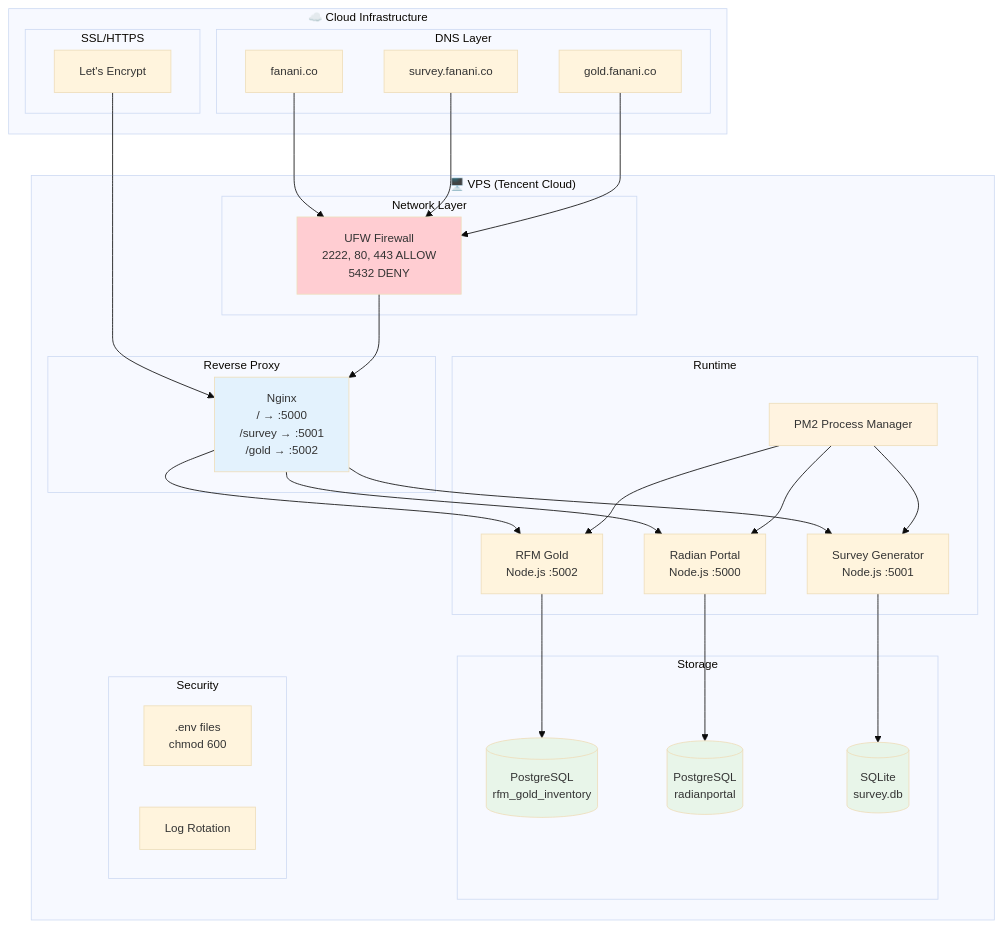
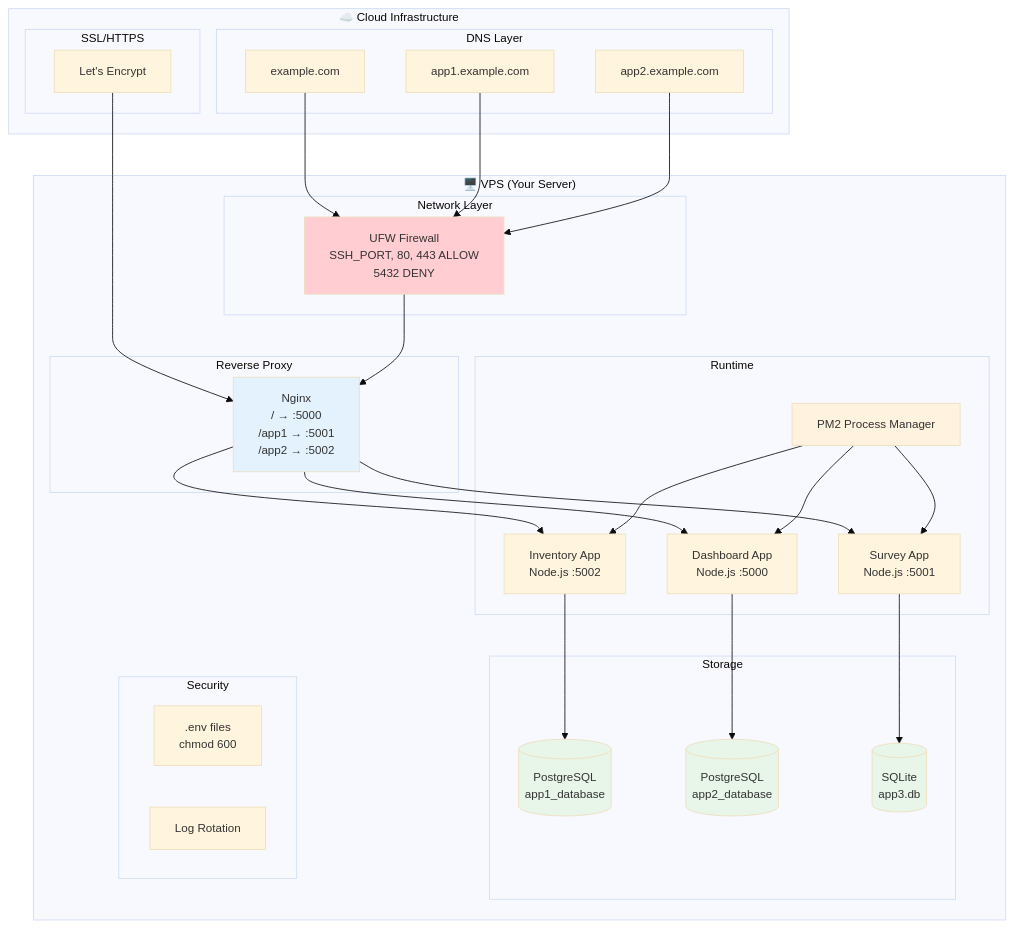
The sixth of 6 diagrams in docs/use-cases/vps-migration-diagrams.md (fanani-radian/openclaw-sumopod), drawn with Mermaid before and after one commit. The commit also changed 1 other file, not shown here.

Commit message:
fix: Replace real data with generic examples in VPS migration docs
Changes:
- Replace Radian Portal/Survey Generator/RFM Gold with generic names
- Replace fanani.co with example.com
- Replace specific SSH port (2222) with <YOUR_SSH_PORT>
- Replace Tencent Cloud with generic 'Your Server'
- Keep all technical instructions intact

Docs are now safe for public use without exposing real infrastructure details.

````diff
--- a/docs/use-cases/vps-migration-diagrams.md
+++ b/docs/use-cases/vps-migration-diagrams.md
@@ -202,77 +202,77 @@
 ```mermaid
 %%{init: {'theme': 'base', 'themeVariables': { 'fontSize': '14px'}}}%%
 flowchart TB
     subgraph Cloud["☁️ Cloud Infrastructure"]
         subgraph DNS["DNS Layer"]
-            D1[fanani.co]
-            D2[survey.fanani.co]
-            D3[gold.fanani.co]
+            D1[example.com]
+            D2[app1.example.com]
+            D3[app2.example.com]
         end
         
         subgraph CDN["SSL/HTTPS"]
             SSL1[Let's Encrypt]
         end
     end
     
-    subgraph VPS["🖥️ VPS (Tencent Cloud)"]
+    subgraph VPS["🖥️ VPS (Your Server)"]
         subgraph Network["Network Layer"]
             FW[UFW Firewall
-            2222, 80, 443 ALLOW
+            SSH_PORT, 80, 443 ALLOW
             5432 DENY]
         end
         
         subgraph Proxy["Reverse Proxy"]
             NG[Nginx
             / → :5000
-            /survey → :5001
-            /gold → :5002]
+            /app1 → :5001
+            /app2 → :5002]
         end
         
         subgraph Runtime["Runtime"]
             PM2[PM2 Process Manager]
-            A1[Radian Portal
+            A1[Dashboard App
             Node.js :5000]
-            A2[Survey Generator
+            A2[Survey App
             Node.js :5001]
-            A3[RFM Gold
+            A3[Inventory App
             Node.js :5002]
         end
         
         subgraph Storage["Storage"]
             DB1[(PostgreSQL
-            rfm_gold_inventory)]
+            app1_database)]
             DB2[(PostgreSQL
-            radianportal)]
+            app2_database)]
             DB3[(SQLite
-            survey.db)]
+            app3.db)]
         end
         
         subgraph Security["Security"]
             ENV[.env files
             chmod 600]
             LOG[Log Rotation]
         end
     end
     
     D1 --> FW
     D2 --> FW
     D3 --> FW
     SSL1 --> NG
     FW --> NG
     NG --> A1
     NG --> A2
     NG --> A3
     PM2 --> A1
     PM2 --> A2
     PM2 --> A3
     A1 --> DB2
     A2 --> DB3
     A3 --> DB1
     
     style FW fill:#ffcdd2
     style NG fill:#e3f2fd
     style PM2 fill:#fff3e0
     style DB1 fill:#e8f5e9
     style DB2 fill:#e8f5e9
     style DB3 fill:#e8f5e9
 ```
````
